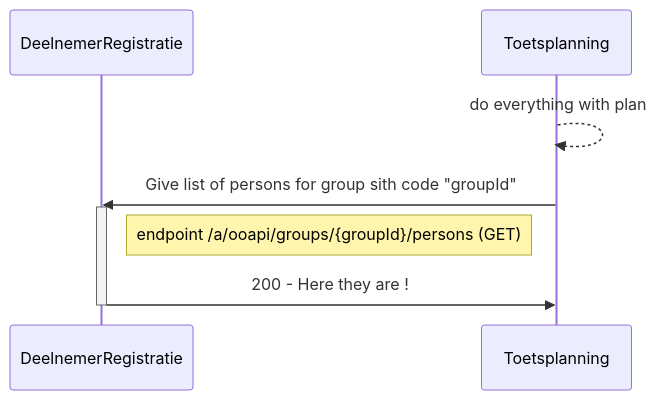
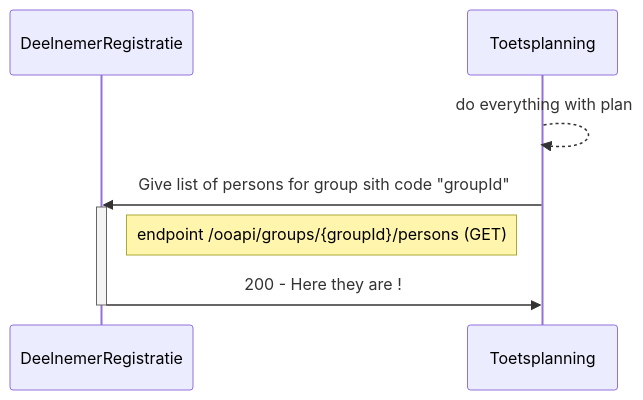
Before and after one commit to NetwerkExamineringDigitalisering/NED-OOAPI: the sixth of 7 diagrams in doc/flow1.md, drawn with Mermaid. The commit also changed other lines of this file and 4 other files, not shown here.

````diff
--- a/doc/flow1.md
+++ b/doc/flow1.md
@@ -331,12 +331,12 @@
 ```mermaid
 
 sequenceDiagram
     participant DeelnemerRegistratie
     participant Toetsplanning
     Toetsplanning-->>Toetsplanning: do everything with plan
     Toetsplanning->>DeelnemerRegistratie : Give list of persons for group sith code "groupId"
     activate DeelnemerRegistratie
-    Note right of DeelnemerRegistratie: endpoint /a/ooapi/groups/{groupId}/persons (GET)
+    Note right of DeelnemerRegistratie: endpoint /ooapi/groups/{groupId}/persons (GET)
     DeelnemerRegistratie->>Toetsplanning : 200 - Here they are !
     deactivate DeelnemerRegistratie
 ```
````
